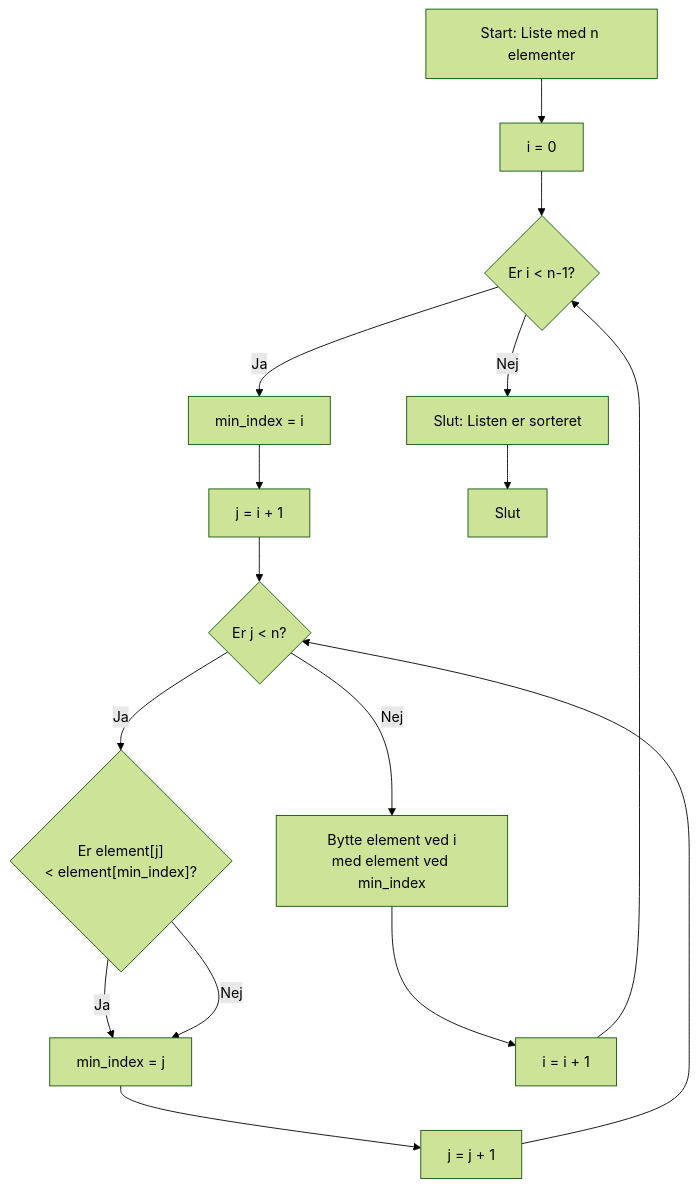
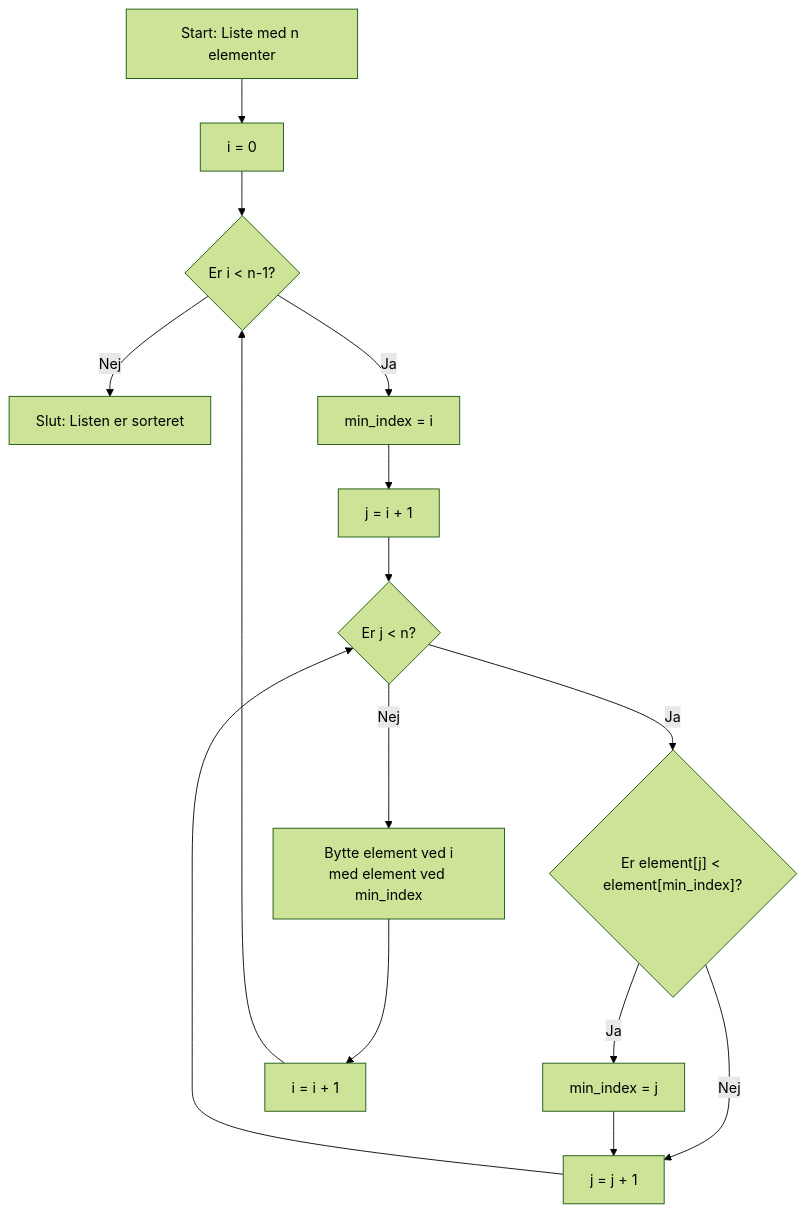
One commit to CheMical/DAT-GBG-DA-E26AB changed the diagram in resources/selection_sort.md. Above: the diagram before and after it, drawn with Mermaid (forest theme). The commit also changed other lines of this file, not shown here.

Commit message:
Fix mermaid diagram in selection_sort.md so it matches the pseudocode and renders correctly

````diff
--- a/resources/selection_sort.md
+++ b/resources/selection_sort.md
@@ -73,18 +73,17 @@
 ```mermaid
 graph TD
     A["Start: Liste med n elementer"] --> B["i = 0"]
     B --> C{"Er i < n-1?"}
     C -->|Nej| D["Slut: Listen er sorteret"]
     C -->|Ja| E["min_index = i"]
     E --> F["j = i + 1"]
     F --> G{"Er j < n?"}
     G -->|Nej| H["Bytte element ved i<br/>med element ved min_index"]
-    G -->|Ja| I{"Er element[j]<br/>< element[min_index]?"}
+    G -->|Ja| I{"Er element[j] < element[min_index]?"}
     I -->|Ja| J["min_index = j"]
-    I -->|Nej| J
-    J --> K["j = j + 1"]
+    I -->|Nej| K["j = j + 1"]
+    J --> K
     K --> G
     H --> L["i = i + 1"]
     L --> C
-    D --> M["Slut"]
 ```
````
